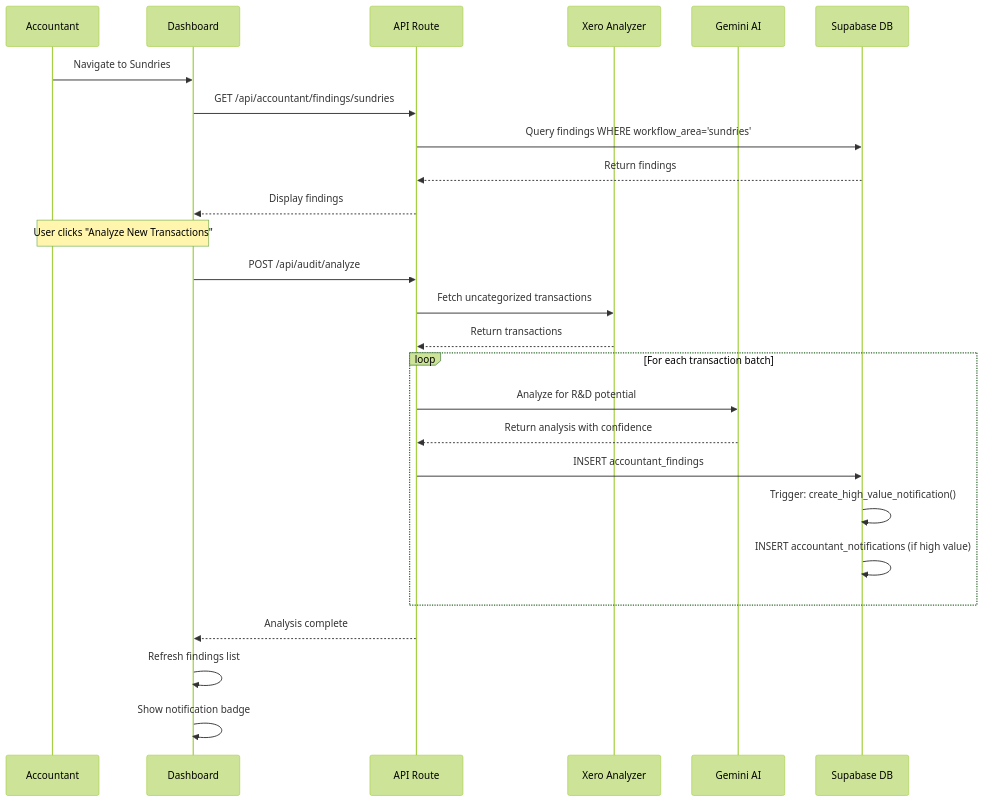
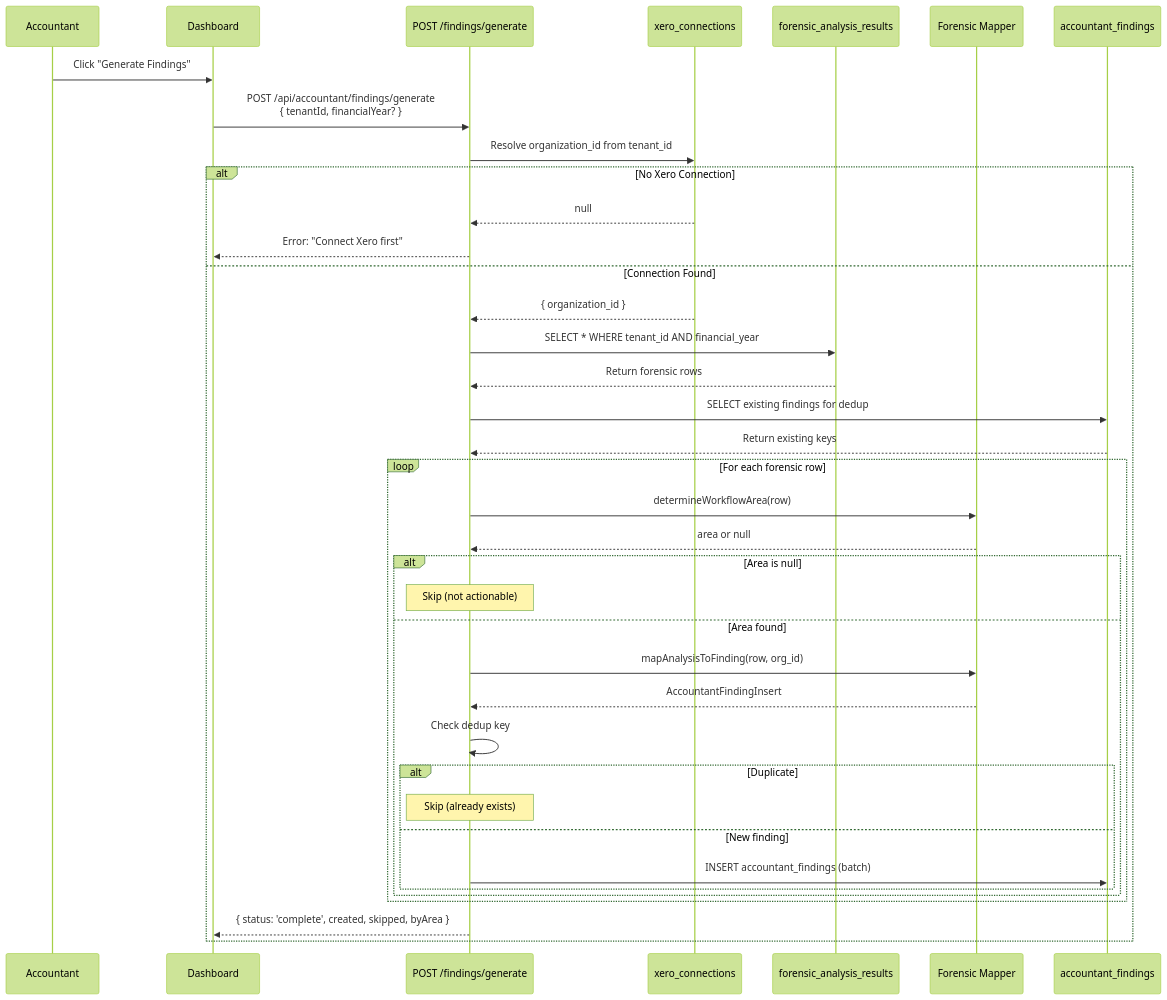
One commit to CleanExpo/ATO changed the eighth of 15 diagrams in docs/diagrams/accountant-workflow-system.md. Above: the diagram before and after it, drawn with Mermaid (forest theme). The commit also changed other lines of this file and 4 other files, not shown here.

First line of the commit message:
Update accountant workflow architecture docs to match implementation (ORCH-ACC-001)

````diff
--- a/docs/diagrams/accountant-workflow-system.md
+++ b/docs/diagrams/accountant-workflow-system.md
@@ -277,33 +340,46 @@
 ```mermaid
 sequenceDiagram
     participant USER as Accountant
     participant DASH as Dashboard
-    participant API as API Route
-    participant XERO as Xero Analyzer
-    participant GEMINI as Gemini AI
-    participant DB as Supabase DB
+    participant API as POST /findings/generate
+    participant XERO_CONN as xero_connections
+    participant FAR as forensic_analysis_results
+    participant MAPPER as Forensic Mapper
+    participant DB as accountant_findings
 
-    USER->>DASH: Navigate to Sundries
-    DASH->>API: GET /api/accountant/findings/sundries
-    API->>DB: Query findings WHERE workflow_area='sundries'
-    DB-->>API: Return findings
-    API-->>DASH: Display findings
+    USER->>DASH: Click "Generate Findings"
+    DASH->>API: POST /api/accountant/findings/generate<br/>{ tenantId, financialYear? }
+    API->>XERO_CONN: Resolve organization_id from tenant_id
 
-    Note over USER,DASH: User clicks "Analyze New Transactions"
+    alt No Xero Connection
+        XERO_CONN-->>API: null
+        API-->>DASH: Error: "Connect Xero first"
+    else Connection Found
+        XERO_CONN-->>API: { organization_id }
+        API->>FAR: SELECT * WHERE tenant_id AND financial_year
+        FAR-->>API: Return forensic rows
 
-    DASH->>API: POST /api/audit/analyze
-    API->>XERO: Fetch uncategorized transactions
-    XERO-->>API: Return transactions
+        API->>DB: SELECT existing findings for dedup
+        DB-->>API: Return existing keys
 
-    loop For each transaction batch
-        API->>GEMINI: Analyze for R&D potential
-        GEMINI-->>API: Return analysis with confidence
-        API->>DB: INSERT accountant_findings
-        DB->>DB: Trigger: create_high_value_notification()
-        DB->>DB: INSERT accountant_notifications (if high value)
+        loop For each forensic row
+            API->>MAPPER: determineWorkflowArea(row)
+            MAPPER-->>API: area or null
+
+            alt Area is null
+                Note over API: Skip (not actionable)
+            else Area found
+                API->>MAPPER: mapAnalysisToFinding(row, org_id)
+                MAPPER-->>API: AccountantFindingInsert
+                API->>API: Check dedup key
+                alt Duplicate
+                    Note over API: Skip (already exists)
+                else New finding
+                    API->>DB: INSERT accountant_findings (batch)
+                end
+            end
+        end
+
+        API-->>DASH: { status: 'complete', created, skipped, byArea }
     end
-
-    API-->>DASH: Analysis complete
-    DASH->>DASH: Refresh findings list
-    DASH->>DASH: Show notification badge
 ```
````
